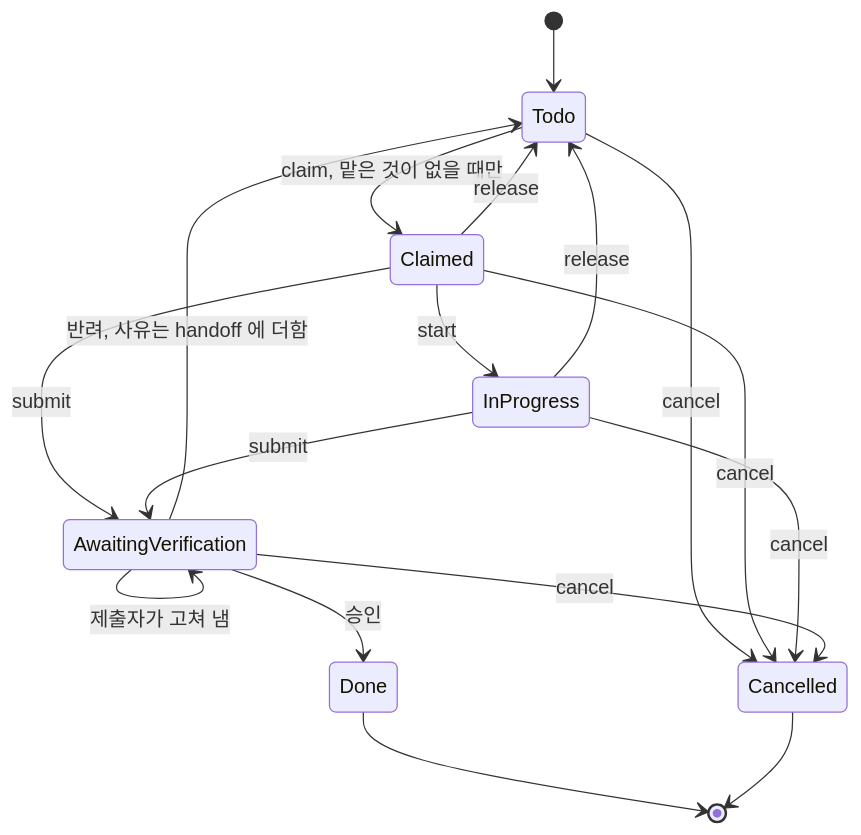
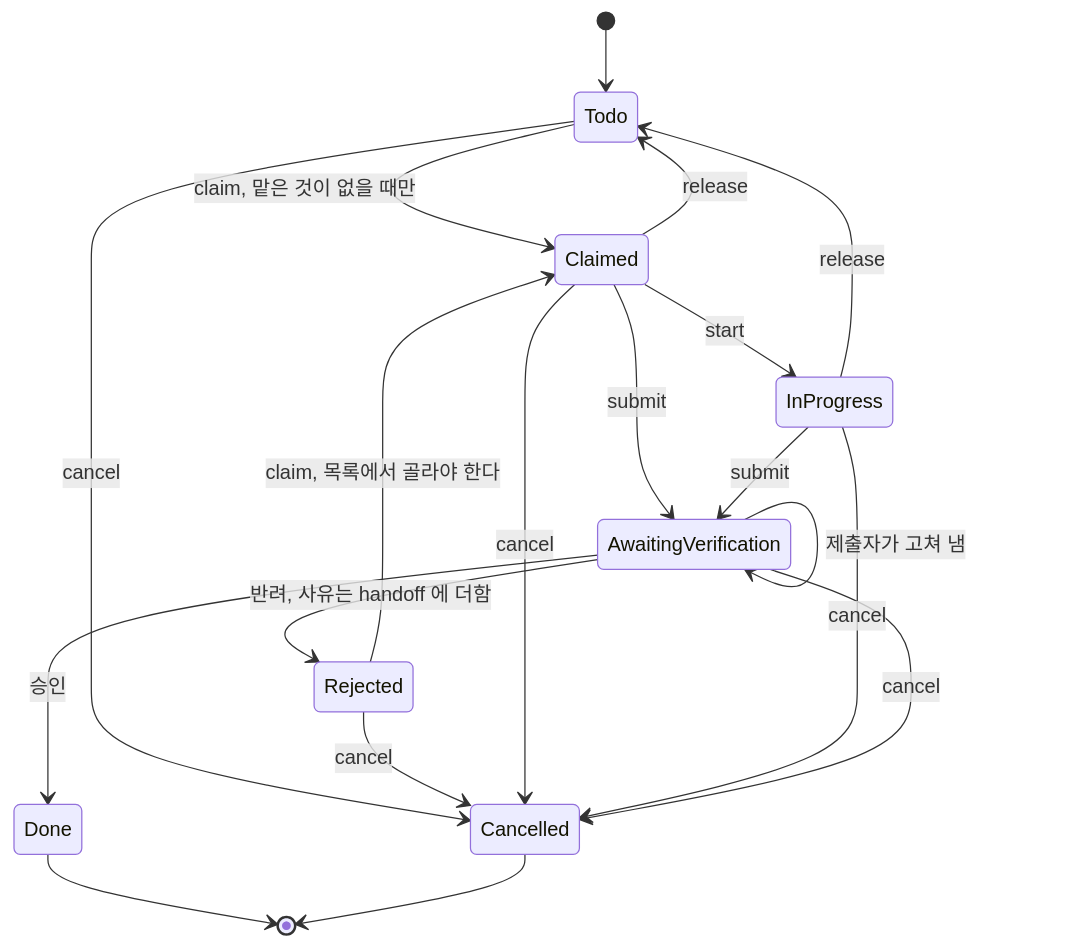
One commit to jeong-sik/masc changed the diagram in docs/rfc/RFC-task-lifecycle-a-verdict-assigns-no-work.md. Above: the diagram before and after it, drawn with Mermaid. The commit also changed other lines of this file and 4 other files, not shown here.

````diff
--- a/docs/rfc/RFC-task-lifecycle-a-verdict-assigns-no-work.md
+++ b/docs/rfc/RFC-task-lifecycle-a-verdict-assigns-no-work.md
@@ -269,19 +279,21 @@
 ```mermaid
 stateDiagram-v2
     [*] --> Todo
     Todo --> Claimed: claim, 맡은 것이 없을 때만
     Claimed --> InProgress: start
     Claimed --> Todo: release
     InProgress --> Todo: release
     Claimed --> AwaitingVerification: submit
     InProgress --> AwaitingVerification: submit
     AwaitingVerification --> AwaitingVerification: 제출자가 고쳐 냄
     AwaitingVerification --> Done: 승인
-    AwaitingVerification --> Todo: 반려, 사유는 handoff 에 더함
+    AwaitingVerification --> Rejected: 반려, 사유는 handoff 에 더함
+    Rejected --> Claimed: claim, 목록에서 골라야 한다
     Todo --> Cancelled: cancel
+    Rejected --> Cancelled: cancel
     Claimed --> Cancelled: cancel
     InProgress --> Cancelled: cancel
     AwaitingVerification --> Cancelled: cancel
     Done --> [*]
     Cancelled --> [*]
 ```
````
